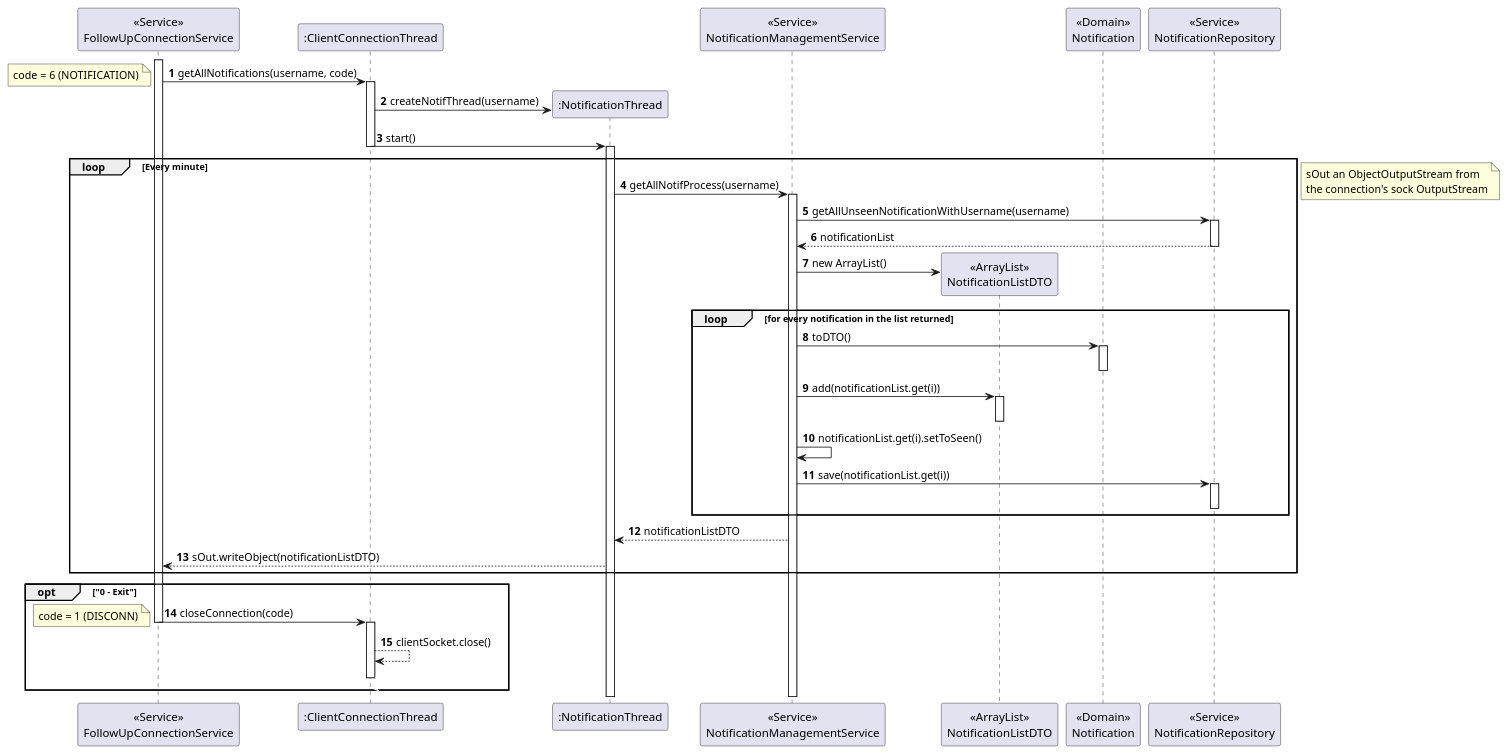
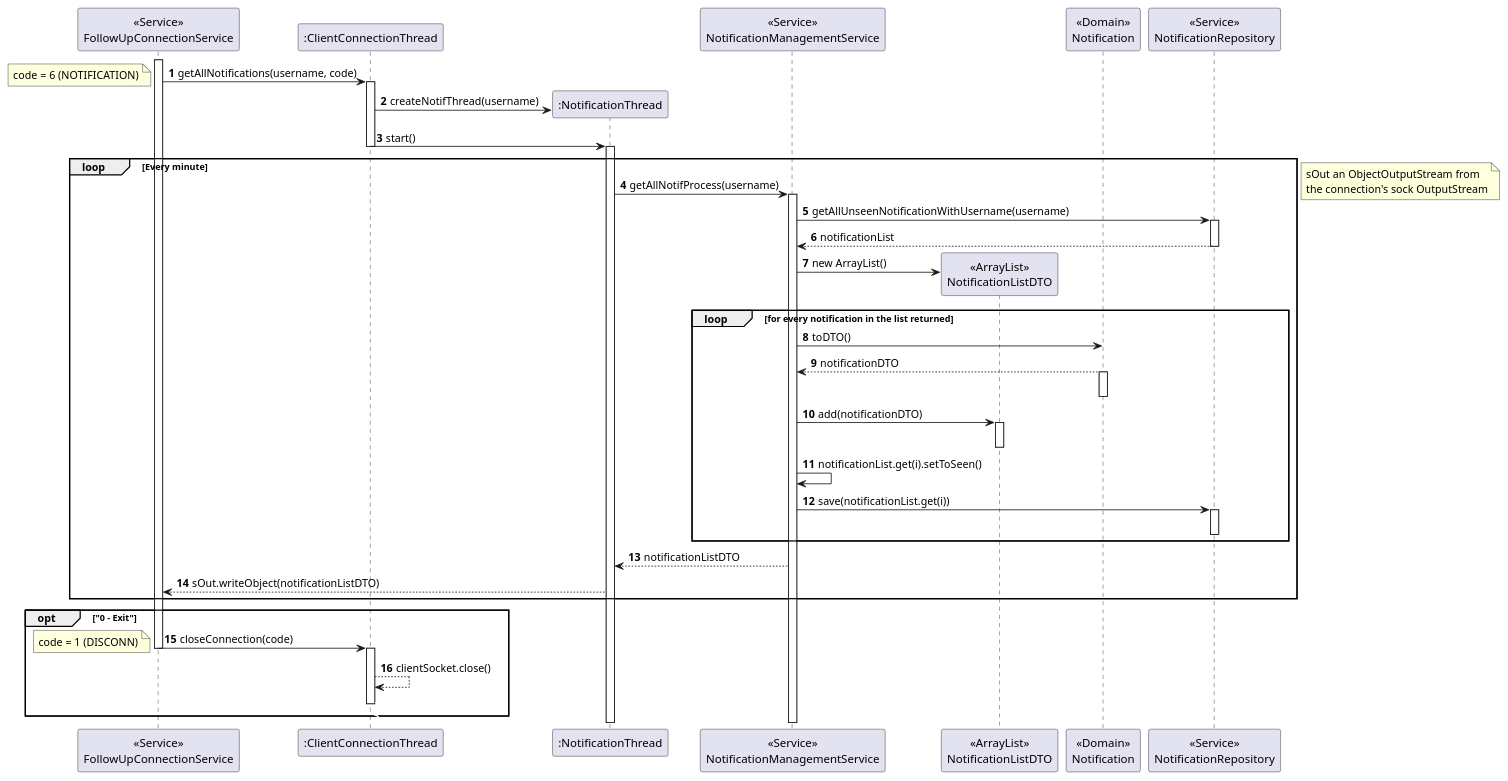
Before and after one commit to rita-barbosa/LAPR4-2324: the diagram in docs/sprint-c/us_3001/US3001_SD/US3001_SD_Server_To_Repo.puml, drawn with PlantUML. The commit also changed 1 other file, not shown here.

```diff
--- a/docs/sprint-c/us_3001/US3001_SD/US3001_SD_Server_To_Repo.puml
+++ b/docs/sprint-c/us_3001/US3001_SD/US3001_SD_Server_To_Repo.puml
@@ -1,106 +1,108 @@
 @startuml
 'https://plantuml.com/sequence-diagram
 
 autonumber
 
 participant "<<Service>>\nFollowUpConnectionService" as SER
 participant ":ClientConnectionThread" as CLITHREAD
 participant ":NotificationThread" as THREAD
 participant "<<Service>>\nNotificationManagementService" as NS
 participant "<<ArrayList>>\nNotificationListDTO" as LIST
 participant "<<Domain>>\nNotification" as N
 participant "<<Service>>\nNotificationRepository" as NREPO
 
 activate SER
 
             SER -> CLITHREAD : getAllNotifications(username, code)
 
             note left
             code = 6 (NOTIFICATION)
             end note
 
             activate CLITHREAD
 
                 CLITHREAD -> THREAD** : createNotifThread(username)
 
                 CLITHREAD -> THREAD : start()
 
             deactivate CLITHREAD
 
             activate THREAD
 
                 loop Every minute
 
                 THREAD -> NS : getAllNotifProcess(username)
 
                 activate NS
 
                     NS -> NREPO : getAllUnseenNotificationWithUsername(username)
 
                     activate NREPO
 
                         NREPO --> NS : notificationList
 
                     deactivate NREPO
 
                             NS -> LIST**: new ArrayList()
 
                             loop for every notification in the list returned
 
                                 NS -> N : toDTO()
 
+                                N --> NS : notificationDTO
+
                                 activate N
 
                                 deactivate N
 
-                                NS -> LIST : add(notificationList.get(i))
+                                NS -> LIST : add(notificationDTO)
 
                                 activate LIST
 
                                 deactivate LIST
 
                                 NS -> NS : notificationList.get(i).setToSeen()
 
                                 NS -> NREPO : save(notificationList.get(i))
 
                                 activate NREPO
 
                                 deactivate NREPO
 
                             end
 
                         NS --> THREAD : notificationListDTO
 
                         THREAD --> SER : sOut.writeObject(notificationListDTO)
 
                         end
 
                         note right
                         sOut an ObjectOutputStream from
                         the connection's sock OutputStream
                         end note
 
 
 
                        opt "0 - Exit"
 
                        SER -> CLITHREAD : closeConnection(code)
                        deactivate SER
                        activate CLITHREAD
                        note left
                        code = 1 (DISCONN)
                        end note
 
                        CLITHREAD --> CLITHREAD : clientSocket.close()
 
                        autonumber stop
                        CLITHREAD -[#white]> CLITHREAD
                        deactivate CLITHREAD
 
 
                        autonumber resume
 
                        end opt
 
 
 @enduml
```
